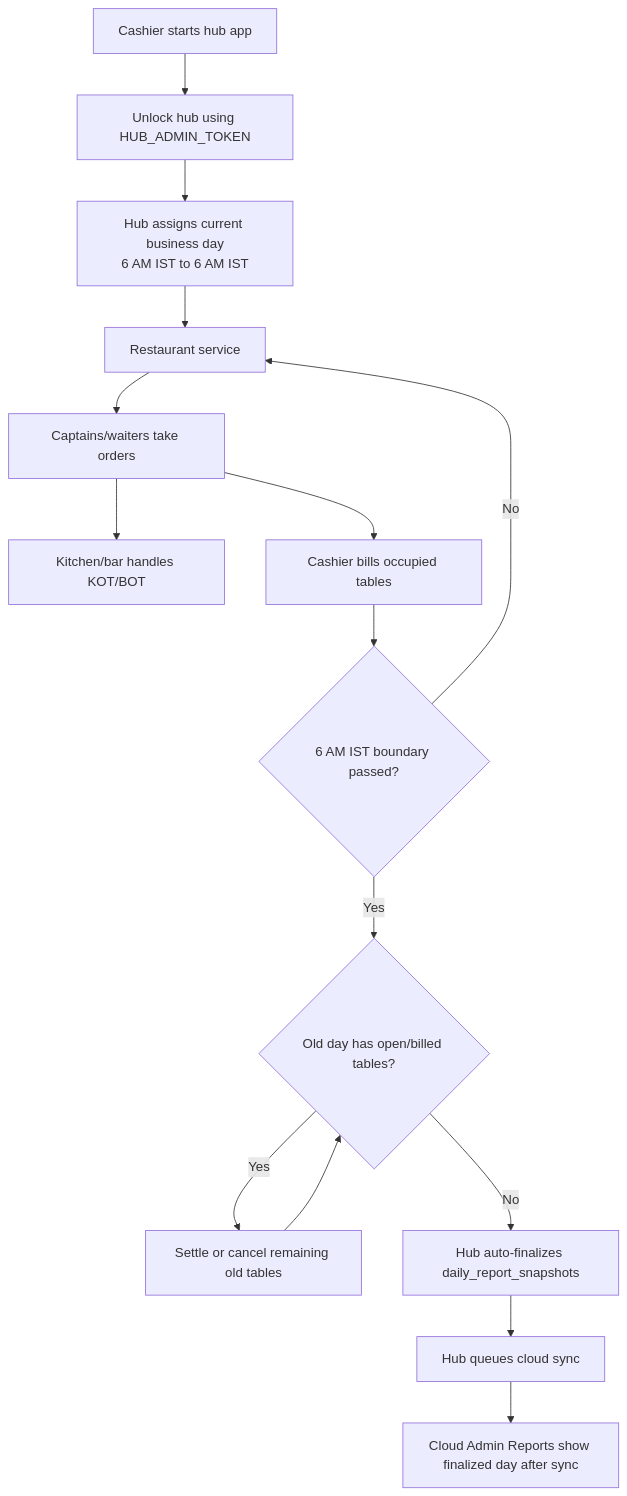
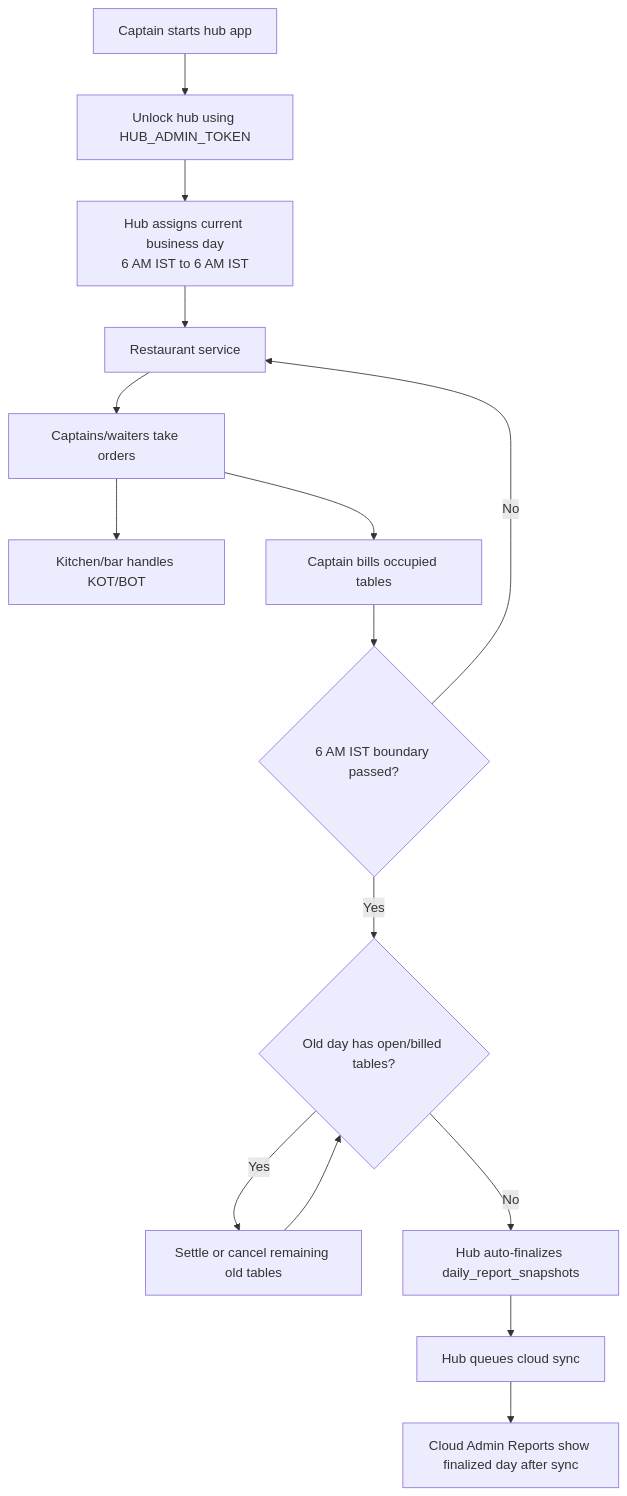
The fifth of 17 diagrams in flowchart.md (shubham909090/Open-POS), drawn with Mermaid before and after one commit. The commit also changed other lines of this file and 45 other files, not shown here.

Commit message:
Refactor Convex app and update related UI flows

````diff
--- a/flowchart.md
+++ b/flowchart.md
@@ -160,30 +160,30 @@
 ```mermaid
 flowchart TD
-  Start["Cashier starts hub app"]
+  Start["Captain starts hub app"]
   Unlock["Unlock hub using HUB_ADMIN_TOKEN"]
   AutoDay["Hub assigns current business day<br/>6 AM IST to 6 AM IST"]
   Service["Restaurant service"]
   Orders["Captains/waiters take orders"]
   Kitchen["Kitchen/bar handles KOT/BOT"]
-  Billing["Cashier bills occupied tables"]
+  Billing["Captain bills occupied tables"]
   Boundary{"6 AM IST boundary passed?"}
   ReadyFinalize{"Old day has open/billed tables?"}
   FixTables["Settle or cancel remaining old tables"]
   LocalReport["Hub auto-finalizes daily_report_snapshots"]
   SyncCloud["Hub queues cloud sync"]
   CloudReport["Cloud Admin Reports show finalized day after sync"]
 
   Start --> Unlock
   Unlock --> AutoDay
   AutoDay --> Service
   Service --> Orders
   Orders --> Kitchen
   Orders --> Billing
   Billing --> Boundary
   Boundary -- "No" --> Service
   Boundary -- "Yes" --> ReadyFinalize
   ReadyFinalize -- "Yes" --> FixTables --> ReadyFinalize
   ReadyFinalize -- "No" --> LocalReport
   LocalReport --> SyncCloud
   SyncCloud --> CloudReport
 ```
````
